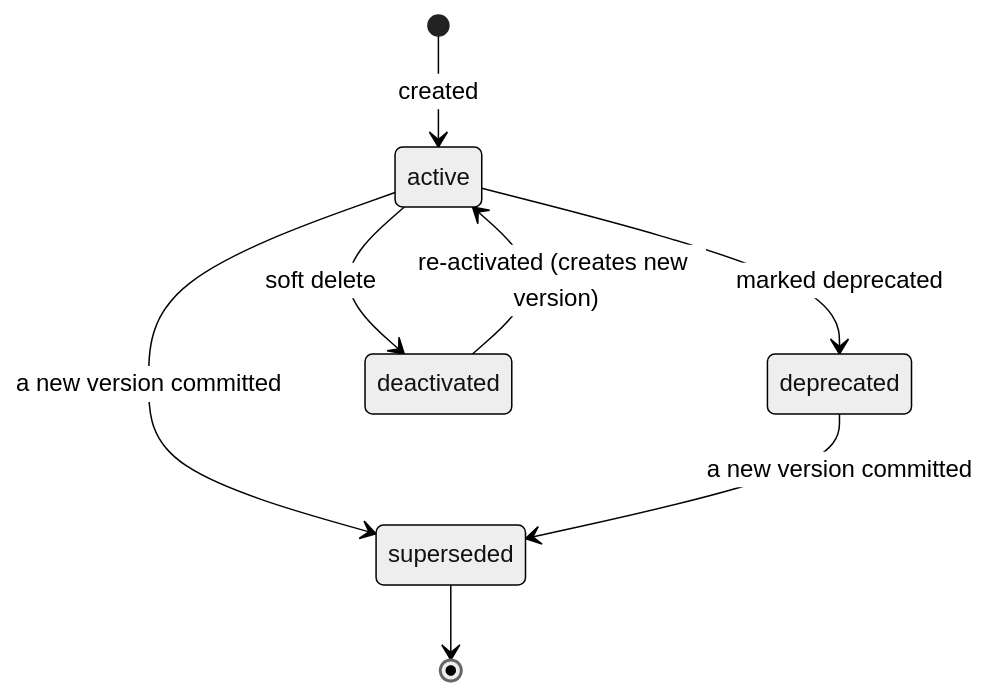
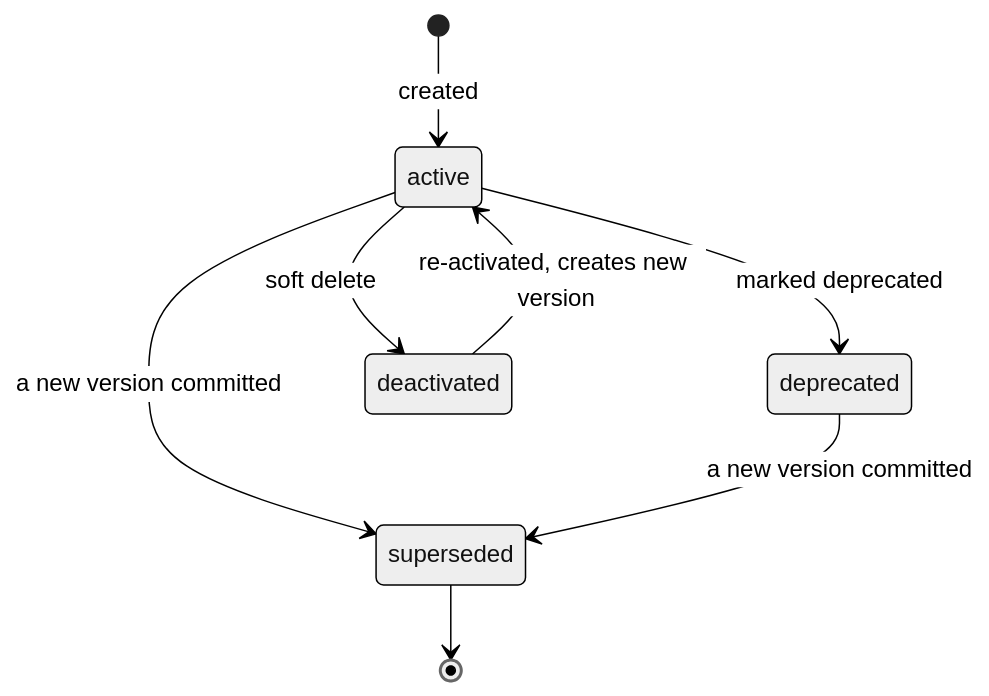
One commit to mohamedhabibwork/trips-enjoy-docs changed the second of 2 diagrams in docs/services/configuration-service/SRS.md. Above: the diagram before and after it, drawn with Mermaid (neutral theme). The commit also changed other lines of this file and 105 other files, not shown here.

````diff
--- a/docs/services/configuration-service/SRS.md
+++ b/docs/services/configuration-service/SRS.md
@@ -136,10 +136,10 @@
 ```mermaid
 stateDiagram-v2
     [*] --> active: created
     active --> superseded: a new version committed
     active --> deprecated: marked deprecated
     active --> deactivated: soft delete
     superseded --> [*]
     deprecated --> superseded: a new version committed
-    deactivated --> active: re-activated (creates new version)
+    deactivated --> active: re-activated, creates new version
 ```
````
